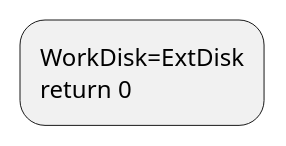
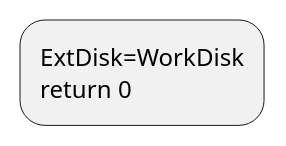
Before and after one commit to HawaiinPizza/CIS-450-final-project: the second of 20 diagrams in Plan.org, drawn with PlantUML. The commit also changed other lines of this file and 5 other files, not shown here.

```diff
--- a/Plan.org
+++ b/Plan.org
@@ -346,6 +333,6 @@
      #+BEGIN_SRC plantuml  :file Plant/FS_SYNC.png
      @startuml
-	:WorkDisk=ExtDisk
+	:ExtDisk=WorkDisk
 	return 0;
 	@enduml
      #+END_SRC
```
